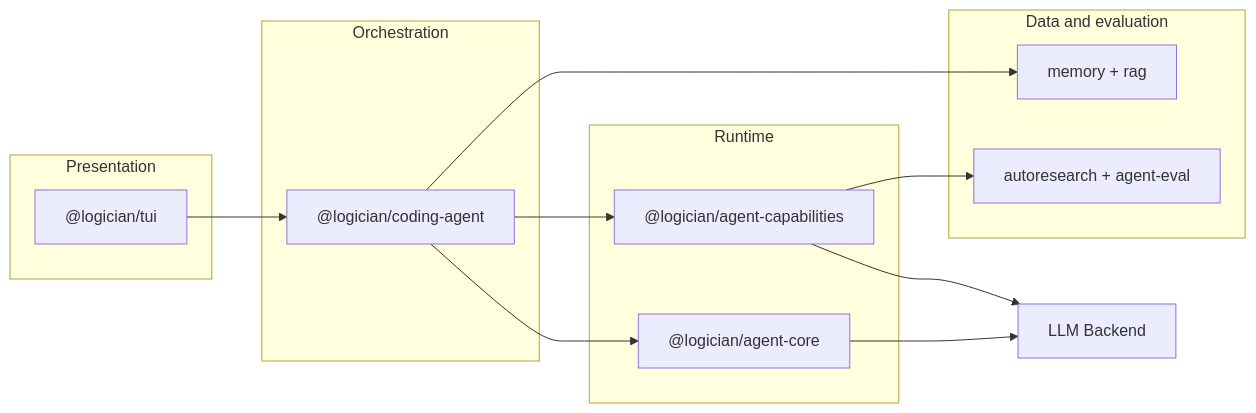
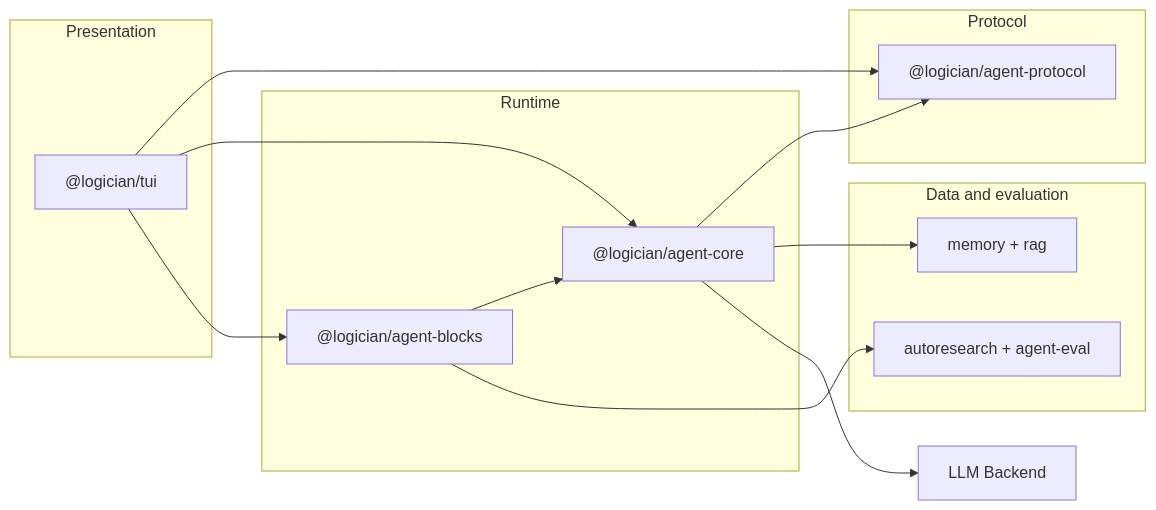
The first of 2 diagrams in docs/architecture/overview.md (lseman/logician), drawn with Mermaid before and after one commit. The commit also changed other lines of this file and 143 other files, not shown here.

First line of the commit message:
refactor: restructure agent-core architecture and update TUI, evals, docs

````diff
--- a/docs/architecture/overview.md
+++ b/docs/architecture/overview.md
@@ -12,24 +12,25 @@
 ```mermaid
 graph LR
   subgraph Presentation
     A["@logician/tui"]
   end
-  subgraph Orchestration
-    B["@logician/coding-agent"]
+  subgraph Protocol
+    P["@logician/agent-protocol"]
   end
   subgraph Runtime
     C["@logician/agent-core"]
-    D["@logician/agent-capabilities"]
+    D["@logician/agent-blocks"]
   end
   subgraph DataAndEvaluation["Data and evaluation"]
-    F["memory + rag"]
-    G["autoresearch + agent-eval"]
+    M["memory + rag"]
+    E["autoresearch + agent-eval"]
   end
-  A --> B
-  B --> C
-  B --> D
-  B --> F
-  D --> G
-  C --> E[LLM Backend]
+  A --> P
+  A --> C
+  C --> P
+  D --> C
+  A --> D
+  C --> M
   D --> E
+  C --> L[LLM Backend]
 ```
````
